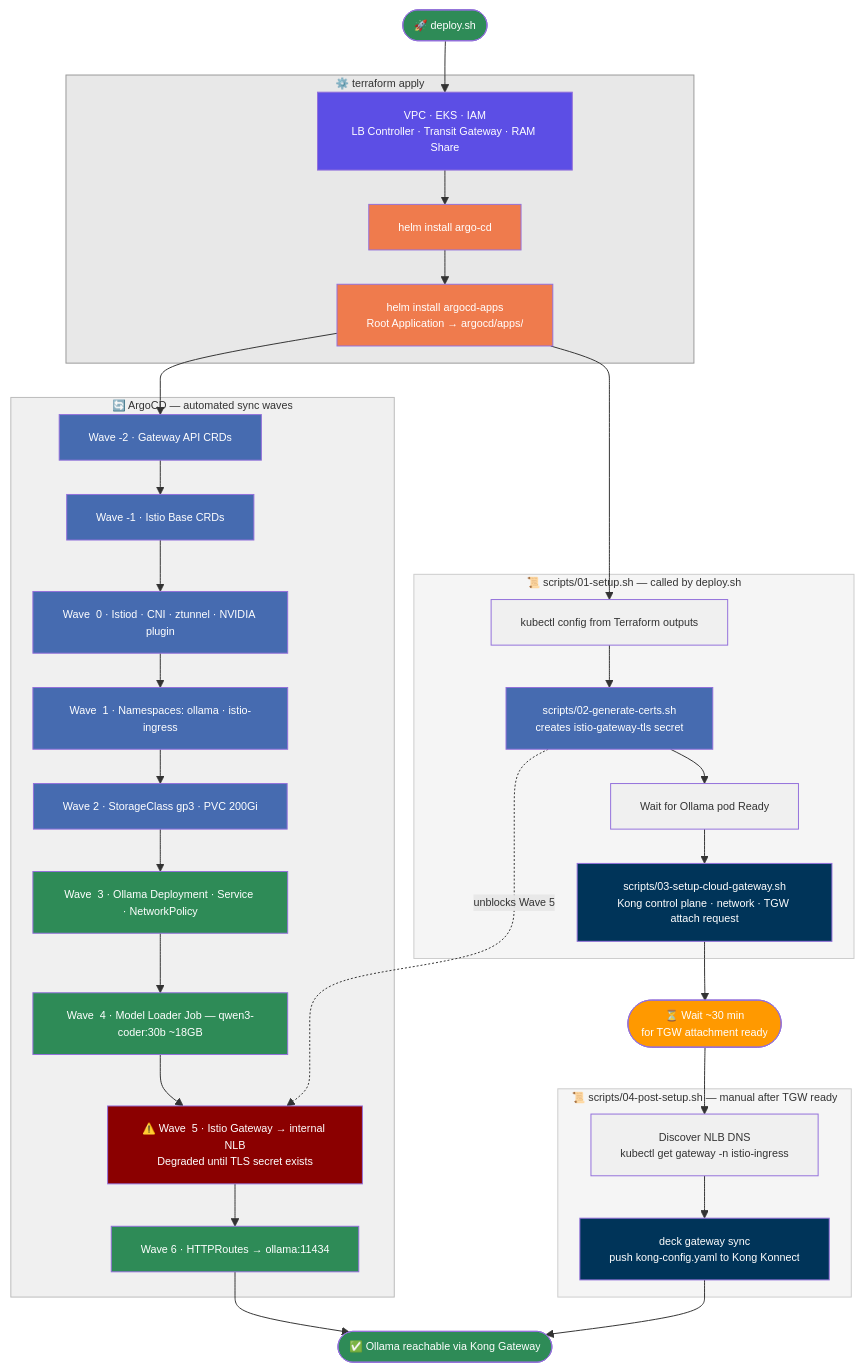
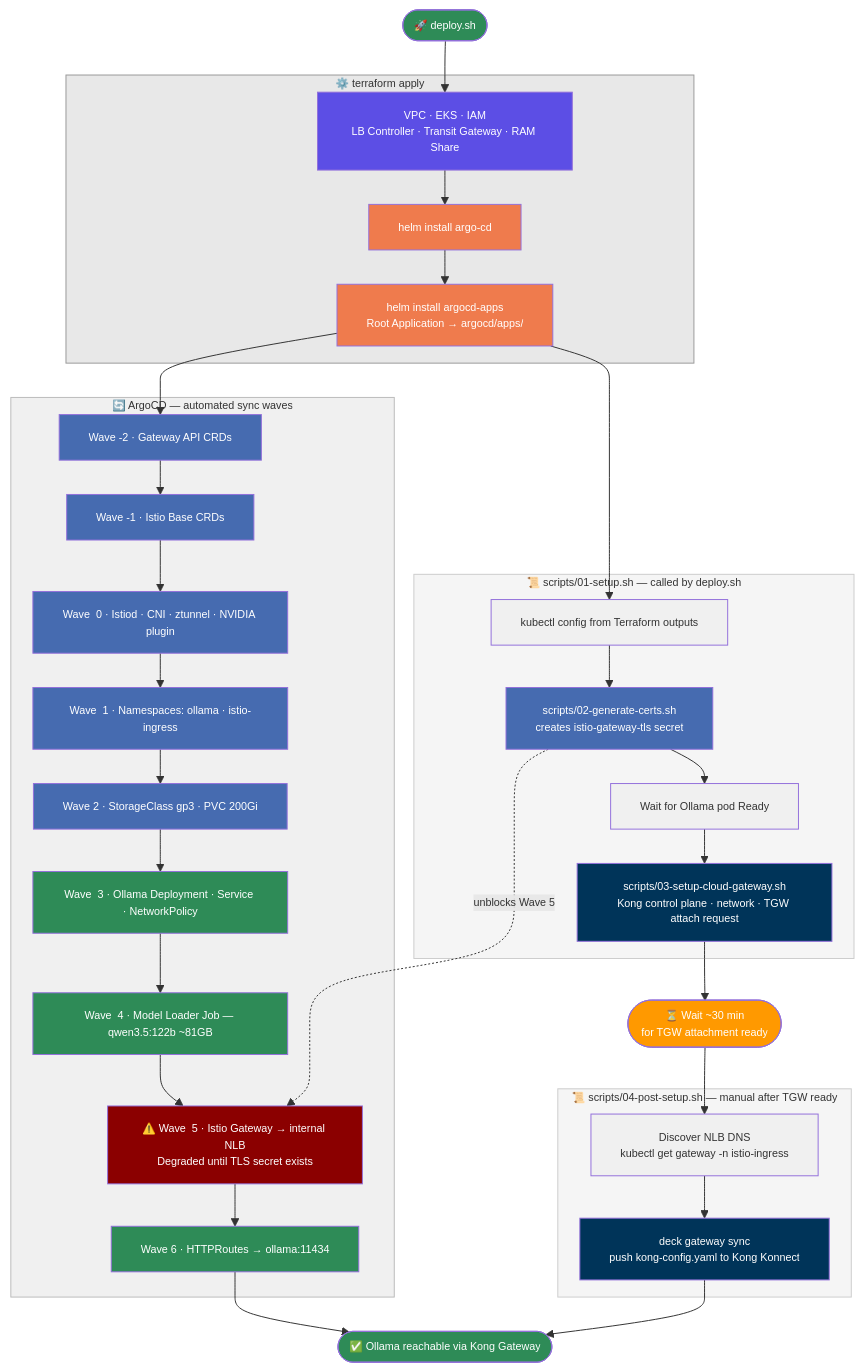
Before and after one commit to shanaka-versent/Ollama-on-EKS: the second of 4 diagrams in README.md, drawn with Mermaid. The commit also changed other lines of this file and 14 other files, not shown here.

First line of the commit message:
feat: upgrade model from qwen3-coder:30b to qwen3.5:122b

````diff
--- a/README.md
+++ b/README.md
@@ -432,76 +432,76 @@
 ```mermaid
 %%{init: {'theme': 'default', 'themeVariables': {'fontSize': '11px'}, 'flowchart': {'nodeSpacing': 25, 'rankSpacing': 35}}}%%
 flowchart TD
     START(["🚀 deploy.sh"])
 
     subgraph TF["⚙️ terraform apply"]
         TF1["VPC · EKS · IAM\nLB Controller · Transit Gateway · RAM Share"]
         TF2["helm install argo-cd"]
         TF3["helm install argocd-apps\nRoot Application → argocd/apps/"]
         TF1 --> TF2 --> TF3
     end
 
     subgraph ARGO["🔄 ArgoCD — automated sync waves"]
         W_2["Wave -2 · Gateway API CRDs"]
         W_1["Wave -1 · Istio Base CRDs"]
         W0["Wave  0 · Istiod · CNI · ztunnel · NVIDIA plugin"]
         W1["Wave  1 · Namespaces: ollama · istio-ingress"]
         W2["Wave  2 · StorageClass gp3 · PVC 200Gi"]
         W3["Wave  3 · Ollama Deployment · Service · NetworkPolicy"]
-        W4["Wave  4 · Model Loader Job — qwen3-coder:30b ~18GB"]
+        W4["Wave  4 · Model Loader Job — qwen3.5:122b ~81GB"]
         W5["⚠️ Wave  5 · Istio Gateway → internal NLB\nDegraded until TLS secret exists"]
         W6["Wave  6 · HTTPRoutes → ollama:11434"]
         W_2 --> W_1 --> W0 --> W1 --> W2 --> W3 --> W4 --> W5 --> W6
     end
 
     subgraph SETUP["📜 scripts/01-setup.sh — called by deploy.sh"]
         SA["kubectl config from Terraform outputs"]
         SB["scripts/02-generate-certs.sh\ncreates istio-gateway-tls secret"]
         SC["Wait for Ollama pod Ready"]
         SD["scripts/03-setup-cloud-gateway.sh\nKong control plane · network · TGW attach request"]
         SA --> SB --> SC --> SD
     end
 
     subgraph POST["📜 scripts/04-post-setup.sh — manual after TGW ready"]
         PA["Discover NLB DNS\nkubectl get gateway -n istio-ingress"]
         PB["deck gateway sync\npush kong-config.yaml to Kong Konnect"]
         PA --> PB
     end
 
     DONE(["✅ Ollama reachable via Kong Gateway"])
 
     START --> TF1
     TF3 --> W_2
     TF3 --> SA
     SB -. "unblocks Wave 5" .-> W5
     SD --> WAIT(["⏳ Wait ~30 min\nfor TGW attachment ready"])
     WAIT --> PA
     W6 --> DONE
     PB --> DONE
 
     style START fill:#2E8B57,color:#fff
     style DONE fill:#2E8B57,color:#fff
     style WAIT fill:#FF9900,color:#fff
     style TF1 fill:#5C4EE5,color:#fff
     style TF2 fill:#EF7B4D,color:#fff
     style TF3 fill:#EF7B4D,color:#fff
     style W_2 fill:#466BB0,color:#fff
     style W_1 fill:#466BB0,color:#fff
     style W0 fill:#466BB0,color:#fff
     style W1 fill:#466BB0,color:#fff
     style W2 fill:#466BB0,color:#fff
     style W3 fill:#2E8B57,color:#fff
     style W4 fill:#2E8B57,color:#fff
     style W5 fill:#8B0000,color:#fff
     style W6 fill:#2E8B57,color:#fff
     style SA fill:#F0F0F0,color:#333
     style SB fill:#466BB0,color:#fff
     style SC fill:#F0F0F0,color:#333
     style SD fill:#003459,color:#fff
     style PA fill:#F0F0F0,color:#333
     style PB fill:#003459,color:#fff
     style TF fill:#E8E8E8,stroke:#999,color:#333
     style ARGO fill:#F0F0F0,stroke:#BBB,color:#333
     style SETUP fill:#F5F5F5,stroke:#CCC,color:#333
     style POST fill:#F5F5F5,stroke:#CCC,color:#333
 ```
````
